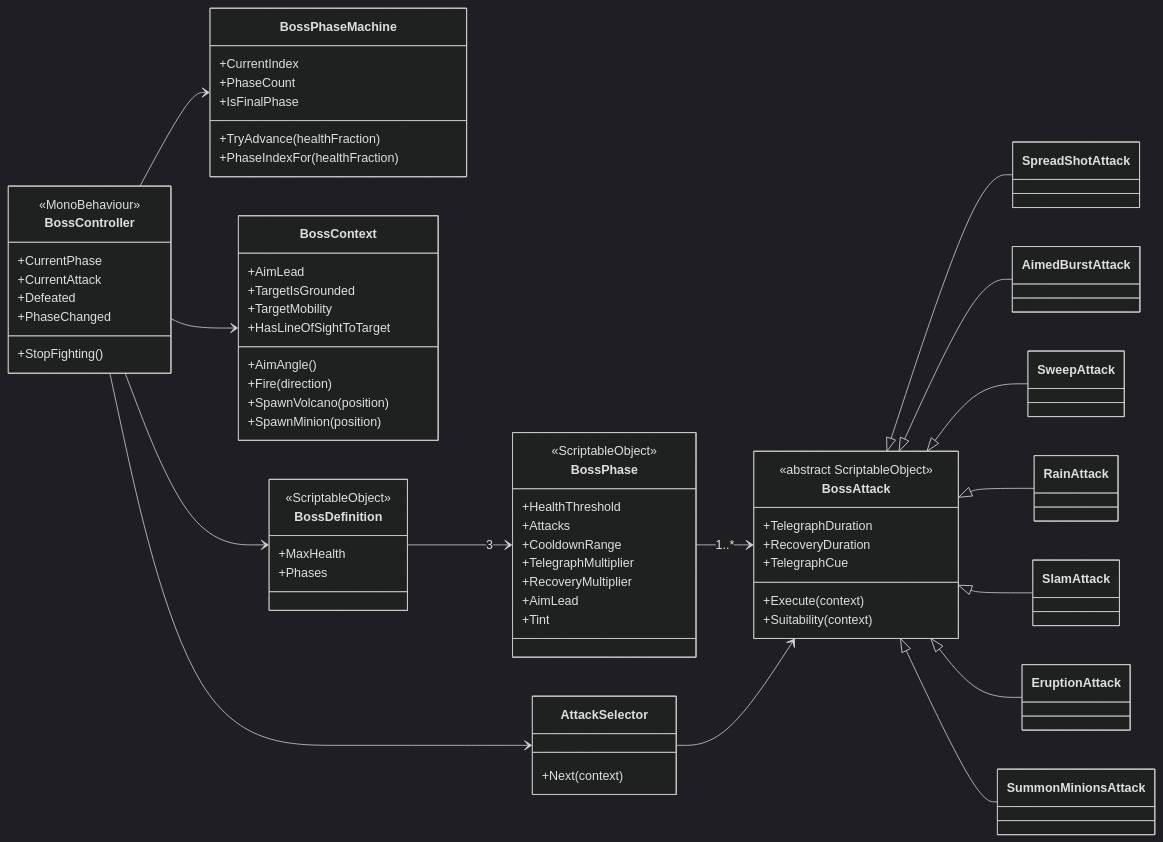
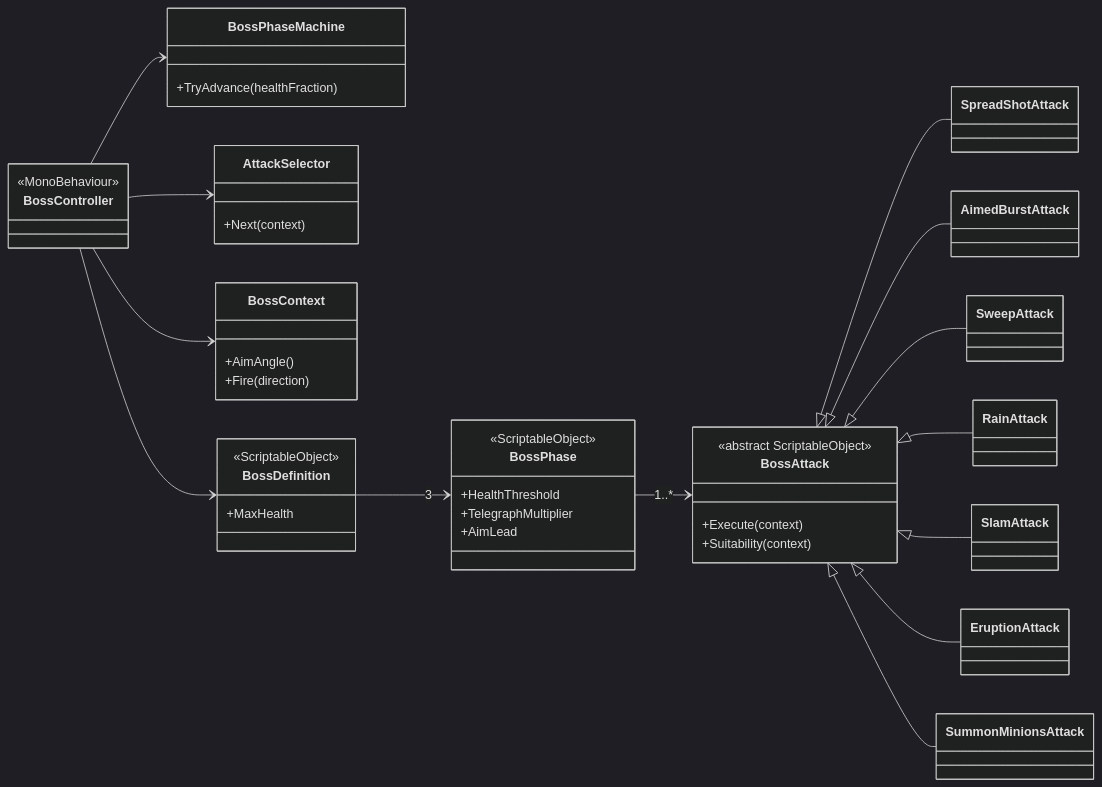
One commit to Huji-Bezalel-Advanced-Unity/Itai-Muntner-Boss-Level changed the first of 2 diagrams in README.md. Above: the diagram before and after it, drawn with Mermaid (dark theme). The commit also changed other lines of this file, not shown here.

First line of the commit message:
Cut the README to two leaner diagrams

````diff
--- a/README.md
+++ b/README.md
@@ -75,78 +75,48 @@
 ```mermaid
 classDiagram
     direction LR
 
     class BossController {
         <<MonoBehaviour>>
-        +CurrentPhase
-        +CurrentAttack
-        +Defeated
-        +PhaseChanged
-        +StopFighting()
     }
-
     class BossPhaseMachine {
-        +CurrentIndex
-        +PhaseCount
-        +IsFinalPhase
         +TryAdvance(healthFraction)
-        +PhaseIndexFor(healthFraction)
     }
-
     class AttackSelector {
         +Next(context)
     }
-
     class BossContext {
-        +AimLead
-        +TargetIsGrounded
-        +TargetMobility
-        +HasLineOfSightToTarget
         +AimAngle()
         +Fire(direction)
-        +SpawnVolcano(position)
-        +SpawnMinion(position)
     }
-
     class BossDefinition {
         <<ScriptableObject>>
         +MaxHealth
-        +Phases
     }
-
     class BossPhase {
         <<ScriptableObject>>
         +HealthThreshold
-        +Attacks
-        +CooldownRange
         +TelegraphMultiplier
-        +RecoveryMultiplier
         +AimLead
-        +Tint
     }
-
     class BossAttack {
         <<abstract ScriptableObject>>
-        +TelegraphDuration
-        +RecoveryDuration
-        +TelegraphCue
         +Execute(context)
         +Suitability(context)
     }
 
     BossController --> BossPhaseMachine
     BossController --> AttackSelector
     BossController --> BossContext
     BossController --> BossDefinition
     BossDefinition --> BossPhase : 3
     BossPhase --> BossAttack : 1..*
-    AttackSelector --> BossAttack
 
     BossAttack <|-- SpreadShotAttack
     BossAttack <|-- AimedBurstAttack
     BossAttack <|-- SweepAttack
     BossAttack <|-- RainAttack
     BossAttack <|-- SlamAttack
     BossAttack <|-- EruptionAttack
     BossAttack <|-- SummonMinionsAttack
 ```
````
